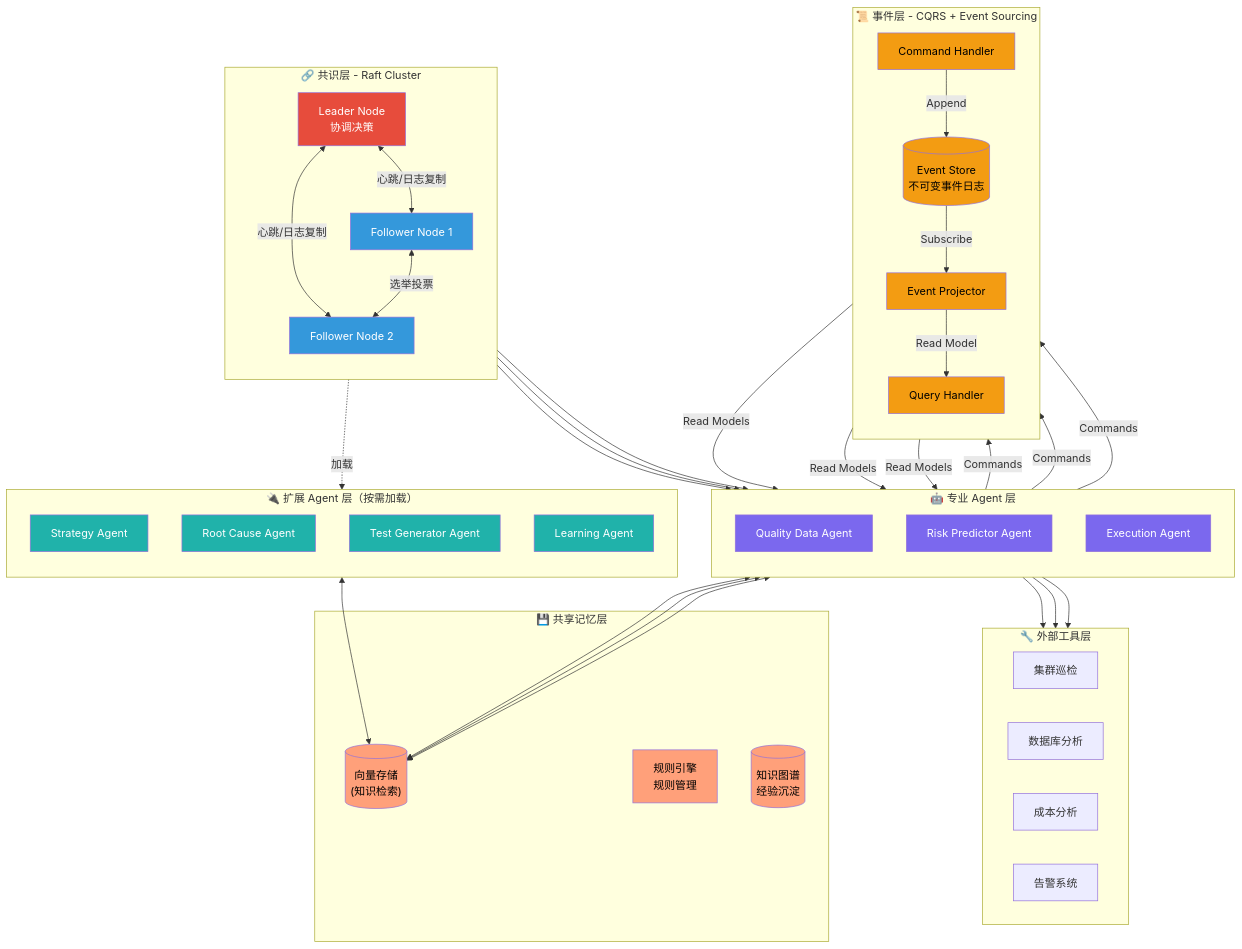
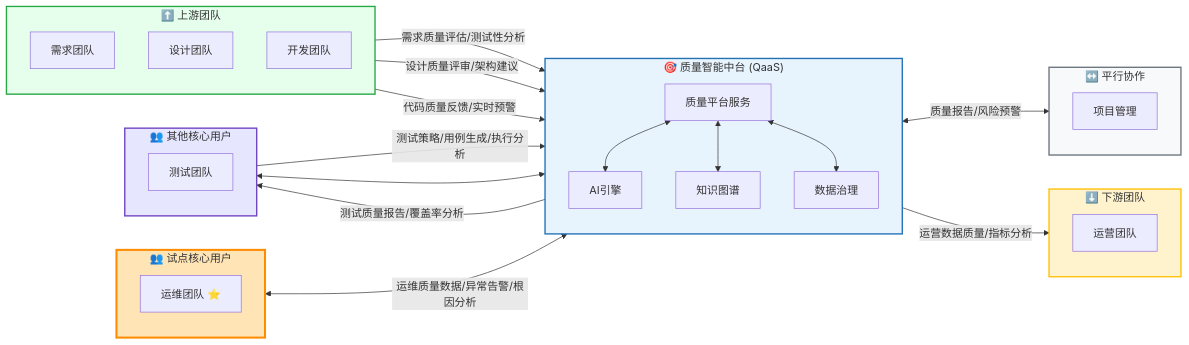
One commit to buhaiqing/ai-testing changed the first of 2 diagrams in AGENTS.md. Above: the diagram before and after it, drawn with Mermaid. The commit also changed other lines of this file and 41 other files, not shown here.

````diff
--- a/AGENTS.md
+++ b/AGENTS.md
@@ -211,93 +189,61 @@
 ```mermaid
-graph TB
-    subgraph 共识层["🔗 共识层 - Raft Cluster"]
+flowchart LR
+    subgraph 试点核心["👥 试点核心用户"]
         direction TB
-        Leader["Leader Node<br/>协调决策"]
-        Follower1["Follower Node 1"]
-        Follower2["Follower Node 2"]
-        
-        Leader <-->|"心跳/日志复制"| Follower1
-        Leader <-->|"心跳/日志复制"| Follower2
-        Follower1 <-->|"选举投票"| Follower2
+        OpsT["运维团队 ⭐"]
     end
-    
-    subgraph 专业Agent层["🤖 专业 Agent 层"]
+
+    subgraph 上游["⬆️ 上游团队"]
         direction TB
-        数据Agent["Quality Data Agent"]
-        风险Agent["Risk Predictor Agent"]
-        执行Agent["Execution Agent"]
+        RT["需求团队"]
+        DT["设计团队"]
+        DevT["开发团队"]
     end
-    
-    subgraph 扩展Agent层["🔌 扩展 Agent 层（按需加载）"]
+
+    subgraph 质量中台["🎯 质量智能中台 (QaaS)"]
         direction TB
-        策略Agent["Strategy Agent"]
-        根因Agent["Root Cause Agent"]
-        生成Agent["Test Generator Agent"]
-        学习Agent["Learning Agent"]
+        QPS["质量平台服务"]
+        AI["AI引擎"]
+        KG["知识图谱"]
+        DG["数据治理"]
     end
-    
-    subgraph 事件层["📜 事件层 - CQRS + Event Sourcing"]
+
+    subgraph 核心用户["👥 其他核心用户"]
         direction TB
-        命令处理器["Command Handler"]
-        事件存储[("Event Store<br/>不可变事件日志")]
-        投影器["Event Projector"]
-        查询处理器["Query Handler"]
-        
-        命令处理器 -->|"Append"| 事件存储
-        事件存储 -->|"Subscribe"| 投影器
-        投影器 -->|"Read Model"| 查询处理器
+        TestT["测试团队"]
     end
-    
-    subgraph 记忆层["💾 共享记忆层"]
-        向量存储[("向量存储<br/>(知识检索)")]
-        规则引擎["规则引擎<br/>规则管理"]
-        知识图谱[("知识图谱<br/>经验沉淀")]
+
+    subgraph 下游["⬇️ 下游团队"]
+        direction TB
+        BizT["运营团队"]
     end
-    
-    subgraph 工具层["🔧 外部工具层"]
-        集群巡检["集群巡检"]
-        数据库分析["数据库分析"]
-        成本分析["成本分析"]
-        告警系统["告警系统"]
+
+    subgraph 平行["↔️ 平行协作"]
+        direction TB
+        PM["项目管理"]
     end
-    
-    Leader --> 数据Agent
-    Leader --> 风险Agent
-    Leader --> 执行Agent
-    Leader -.加载.-> 扩展Agent层
-    
-    数据Agent -->|"Commands"| 命令处理器
-    风险Agent -->|"Commands"| 命令处理器
-    执行Agent -->|"Commands"| 命令处理器
-    
-    查询处理器 -->|"Read Models"| 数据Agent
-    查询处理器 -->|"Read Models"| 风险Agent
-    查询处理器 -->|"Read Models"| 执行Agent
-    
-    数据Agent <--> 向量存储
-    风险Agent <--> 向量存储
-    执行Agent <--> 向量存储
-    扩展Agent层 <--> 向量存储
-    
-    数据Agent --> 工具层
-    风险Agent --> 工具层
-    执行Agent --> 工具层
-    
-    style Leader fill:#E74C3C,color:#fff
-    style Follower1 fill:#3498DB,color:#fff
-    style Follower2 fill:#3498DB,color:#fff
-    style 数据Agent fill:#7B68EE,color:#fff
-    style 风险Agent fill:#7B68EE,color:#fff
-    style 执行Agent fill:#7B68EE,color:#fff
-    style 策略Agent fill:#20B2AA,color:#fff
-    style 根因Agent fill:#20B2AA,color:#fff
-    style 生成Agent fill:#20B2AA,color:#fff
-    style 学习Agent fill:#20B2AA,color:#fff
-    style 事件存储 fill:#F39C12,color:#000
-    style 命令处理器 fill:#F39C12,color:#000
-    style 投影器 fill:#F39C12,color:#000
-    style 查询处理器 fill:#F39C12,color:#000
-    style 向量存储 fill:#FFA07A,color:#000
-    style 规则引擎 fill:#FFA07A,color:#000
-    style 知识图谱 fill:#FFA07A,color:#000
+
+    OpsT <-->|"运维质量数据/异常告警/根因分析"| QPS
+
+    RT -->|"需求质量评估/测试性分析"| QPS
+    DT -->|"设计质量评审/架构建议"| QPS
+    DevT -->|"代码质量反馈/实时预警"| QPS
+
+    QPS <--> TestT
+    TestT -->|"测试策略/用例生成/执行分析"| QPS
+    QPS -->|"测试质量报告/覆盖率分析"| TestT
+
+    QPS -->|"运营数据质量/指标分析"| BizT
+    QPS <-->|"质量报告/风险预警"| PM
+
+    QPS <--> AI
+    QPS <--> KG
+    QPS <--> DG
+
+    style 质量中台 fill:#E8F4FD,stroke:#2171B5,stroke-width:2px
+    style 试点核心 fill:#FFE4B5,stroke:#FF8C00,stroke-width:3px
+    style 上游 fill:#E6FFEC,stroke:#28A745,stroke-width:2px
+    style 核心用户 fill:#E6E6FF,stroke:#6F42C1,stroke-width:2px
+    style 下游 fill:#FFF3CD,stroke:#FFC107,stroke-width:2px
+    style 平行 fill:#F8F9FA,stroke:#6C757D,stroke-width:2px
 ```
````
